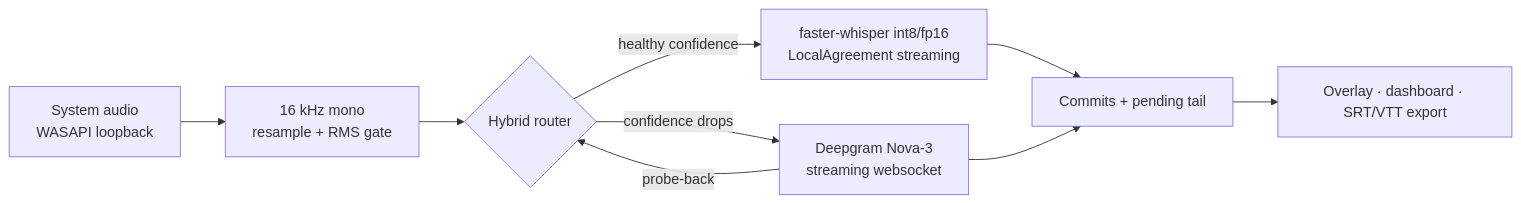
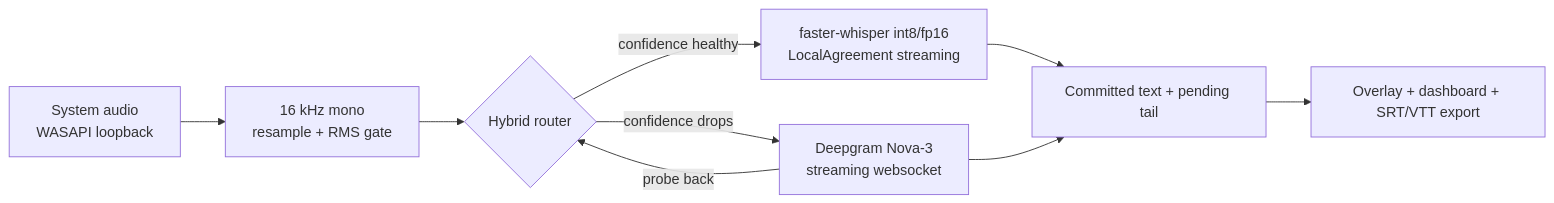
One commit to SpowZy/streamcap changed the second of 2 diagrams in README.md. Above: the diagram before and after it, drawn with Mermaid. The commit also changed other lines of this file and 15 other files, not shown here.

First line of the commit message:
refactor project documentation and add performance charts

````diff
--- a/README.md
+++ b/README.md
@@ -49,11 +64,11 @@
 ```mermaid
 flowchart LR
-    A[System audio\nWASAPI loopback] --> B[16 kHz mono\nresample + RMS gate]
+    A[System audio<br>WASAPI loopback] --> B[16 kHz mono<br>resample + RMS gate]
     B --> C{Hybrid router}
-    C -->|healthy confidence| D[faster-whisper int8/fp16\nLocalAgreement streaming]
-    C -->|confidence drops| E[Deepgram Nova-3\nstreaming websocket]
-    E -->|probe-back| C
-    D --> F[Commits + pending tail]
+    C -->|confidence healthy| D[faster-whisper int8/fp16<br>LocalAgreement streaming]
+    C -->|confidence drops| E[Deepgram Nova-3<br>streaming websocket]
+    E -->|probe back| C
+    D --> F[Committed text + pending tail]
     E --> F
-    F --> G[Overlay · dashboard · SRT/VTT export]
+    F --> G[Overlay + dashboard + SRT/VTT export]
 ```
````
